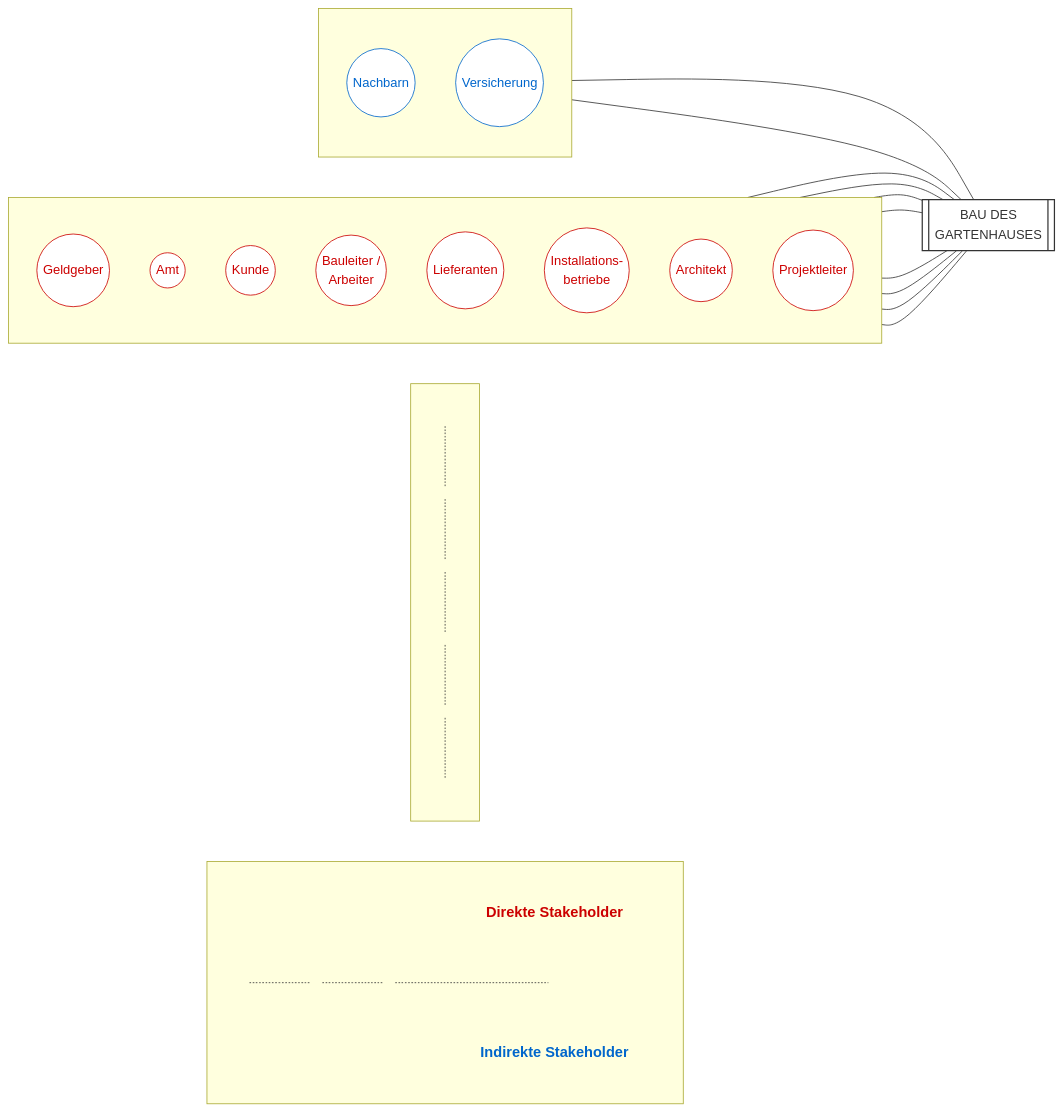
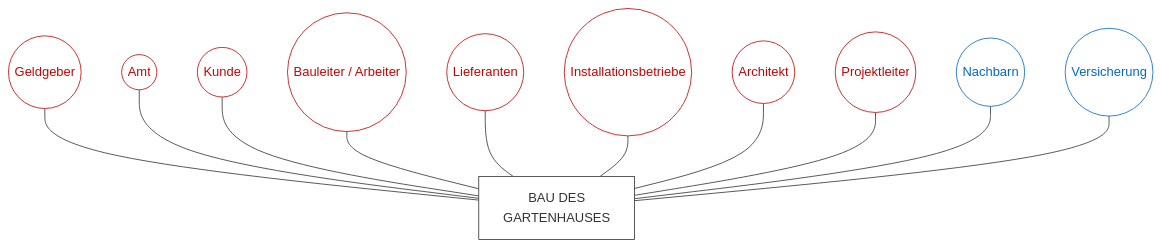
One commit to PatrickMagAnime/schulevault changed the diagram in Klassen 1-Matura/4.Klasse/NW2/Kreisförmige Welle.md. Above: the diagram before and after it, drawn with Mermaid.

Commit message:
vault backup: 2025-10-14 22:23:09

````diff
--- a/Klassen 1-Matura/4.Klasse/NW2/Kreisförmige Welle.md
+++ b/Klassen 1-Matura/4.Klasse/NW2/Kreisförmige Welle.md
@@ -44,61 +44,18 @@
 ```mermaid
-%% Projektumwelt-Grafik – wie im Bild
-flowchart LR
-  %% Klassen/Styles
-  classDef center fill:#ffffff,stroke:#333,stroke-width:1.5px
-  classDef direct fill:#fff,stroke:#c00,color:#c00,stroke-width:1px
-  classDef indirect fill:#fff,stroke:#06c,color:#06c,stroke-width:1px
-  classDef titleDirect fill:transparent,stroke:transparent,color:#c00,font-weight:700,font-size:18px
-  classDef titleIndirect fill:transparent,stroke:transparent,color:#06c,font-weight:700,font-size:18px
-  classDef invisible fill:transparent,stroke:transparent,color:transparent
+flowchart TB
+  classDef center fill:#fff,stroke:#333,stroke-width:1px
+  classDef direct fill:#fff,stroke:#c00,color:#c00
+  classDef indirect fill:#fff,stroke:#06c,color:#06c
 
-  %% Kopfzeile mit horizontaler Punktlinie (Workaround über unsichtbare Punkte)
-  subgraph HEADER[ ]
-    direction LR
-    TLEFT[Direkte Stakeholder]:::titleDirect
-    h1(( )):::invisible -.- h2(( )):::invisible -.- h3(( )):::invisible -.- h4(( )):::invisible
-    TRIGHT[Indirekte Stakeholder]:::titleIndirect
-  end
-
-  %% Mittlere senkrechte Punktlinie (Workaround)
-  subgraph VSEP[ ]
-    direction TB
-    v1(( )):::invisible -.- v2(( )):::invisible -.- v3(( )):::invisible -.- v4(( )):::invisible -.- v5(( )):::invisible -.- v6(( )):::invisible
-  end
-
-  %% Zentrum
-  Z[[BAU DES<br/>GARTENHAUSES]]:::center
-
-  %% Linke Seite – direkte Stakeholder
-  subgraph LEFT[ ]
-    direction TB
-    g((Geldgeber)):::direct
-    amt((Amt)):::direct
-    kd((Kunde)):::direct
-    bl((Bauleiter /<br/>Arbeiter)):::direct
-    lf((Lieferanten)):::direct
-    inst((Installations-<br/>betriebe)):::direct
-    arc((Architekt)):::direct
-    pl((Projektleiter)):::direct
-  end
-
-  %% Rechte Seite – indirekte Stakeholder
-  subgraph RIGHT[ ]
-    direction TB
-    nach((Nachbarn)):::indirect
-    vers((Versicherung)):::indirect
-  end
-
-  %% Verbindungen (neutral, ohne Richtung)
-  g --- Z
-  amt --- Z
-  kd --- Z
-  bl --- Z
-  lf --- Z
-  inst --- Z
-  arc --- Z
-  pl --- Z
-
-  nach --- Z
-  vers --- Z
+  Z[BAU DES<br/>GARTENHAUSES]:::center
+  g((Geldgeber)):::direct --- Z
+  amt((Amt)):::direct --- Z
+  kd((Kunde)):::direct --- Z
+  bl((Bauleiter / Arbeiter)):::direct --- Z
+  lf((Lieferanten)):::direct --- Z
+  inst((Installationsbetriebe)):::direct --- Z
+  arc((Architekt)):::direct --- Z
+  pl((Projektleiter)):::direct --- Z
+  nach((Nachbarn)):::indirect --- Z
+  vers((Versicherung)):::indirect --- Z
 ```
````
